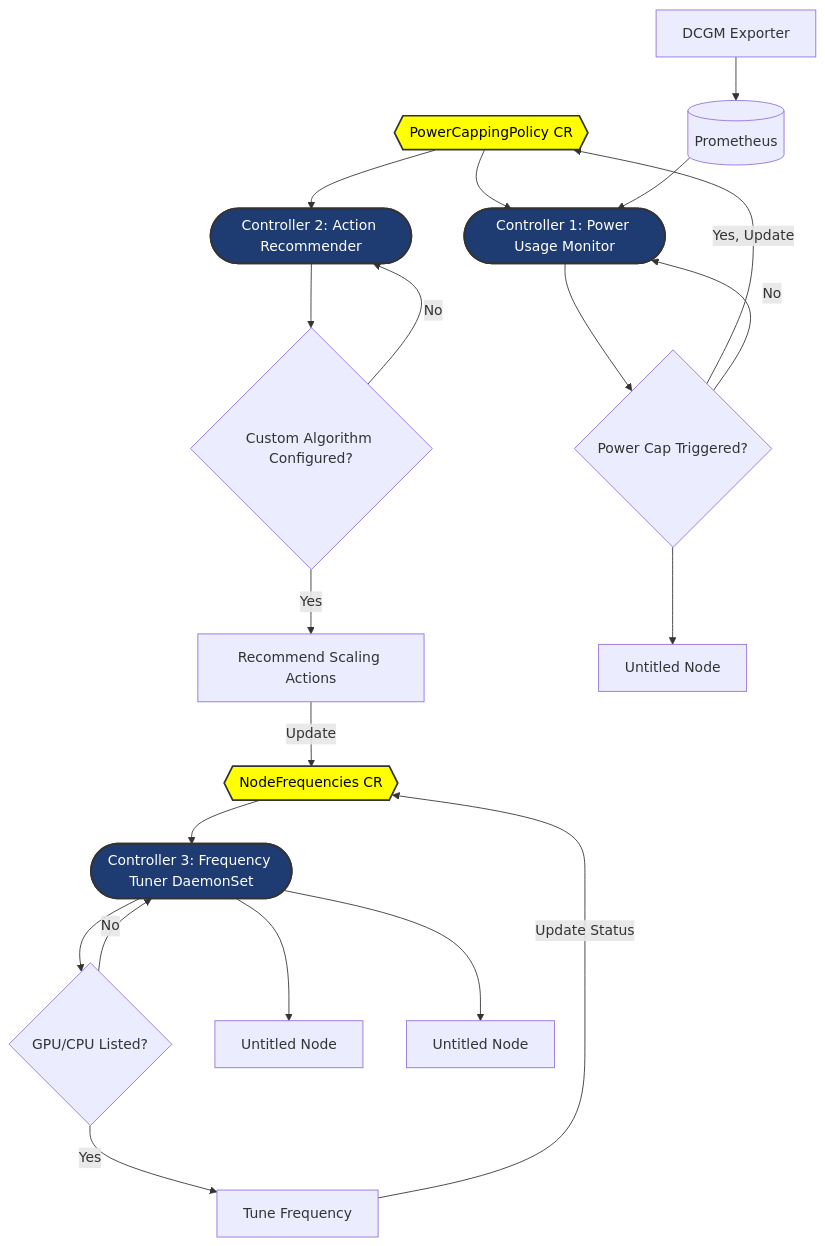
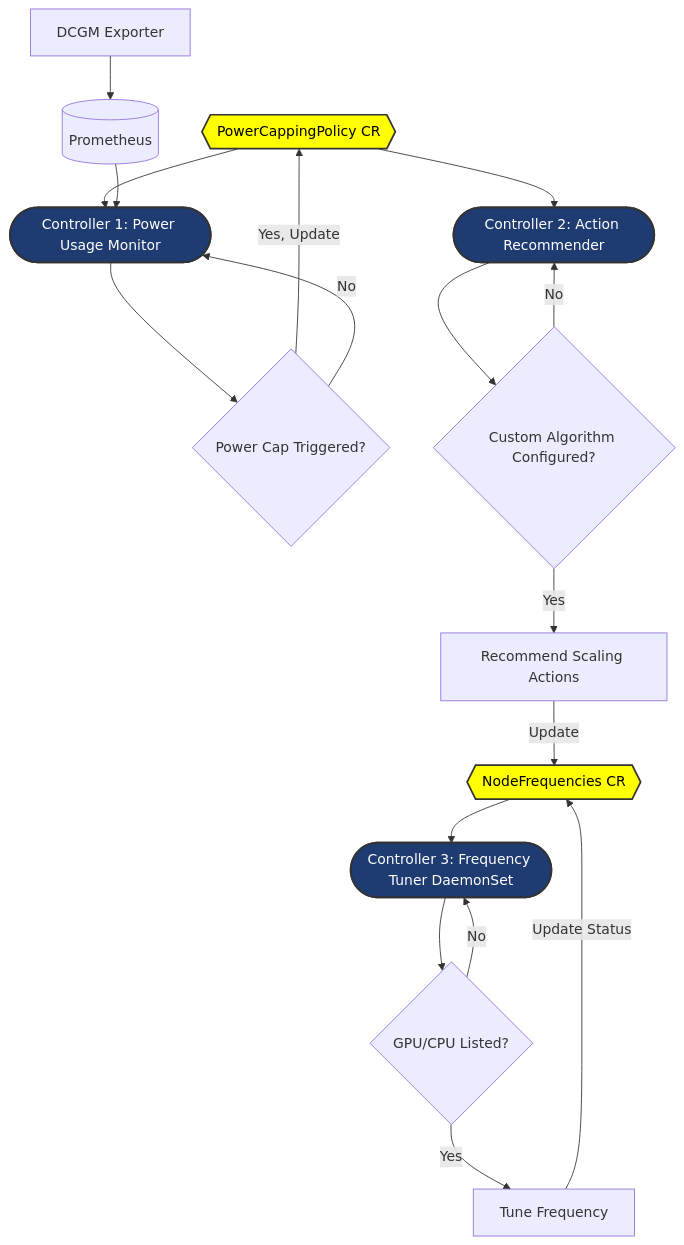
One commit to Climatik-Project/Climatik-Project changed the diagram in docs/design.md. Above: the diagram before and after it, drawn with Mermaid.

````diff
--- a/docs/design.md
+++ b/docs/design.md
@@ -9,32 +9,30 @@
 ```mermaid
 ---
 config:
   layout: dagre
   theme: default
 ---
 flowchart TD
     A{{"PowerCappingPolicy CR"}} --> B(["Controller 1: Power Usage Monitor"]) & E(["Controller 2: Action Recommender"])
     B --> C{"Power Cap Triggered?"}
     C -- Yes, Update --> A
     C -- No --> B
     E --> G{"Custom Algorithm Configured?"}
     G -- Yes --> H["Recommend Scaling Actions"]
     G -- No --> E
     H -- Update --> J{{"NodeFrequencies CR"}}
     J --> K(["Controller 3: Frequency Tuner DaemonSet"])
-    K --> M{"GPU/CPU Listed?"} & n2["Untitled Node"]
+    K --> M{"GPU/CPU Listed?"}
     M -- Yes --> N["Tune Frequency"]
     M -- No --> K
     N -- Update Status --> J
     P["DCGM Exporter"] --> Q[("Prometheus")]
     Q --> B
-    C --> n1["Untitled Node"]
-    K --> n3["Untitled Node"]
      A:::crStyle
      B:::controllerStyle
      E:::controllerStyle
      J:::crStyle
      K:::controllerStyle
     classDef crStyle fill:#ffff00,stroke:#333,stroke-width:2px,color:#000
     classDef controllerStyle fill:#1e3c72,stroke:#333,stroke-width:2px,color:#fff
 ```
````
